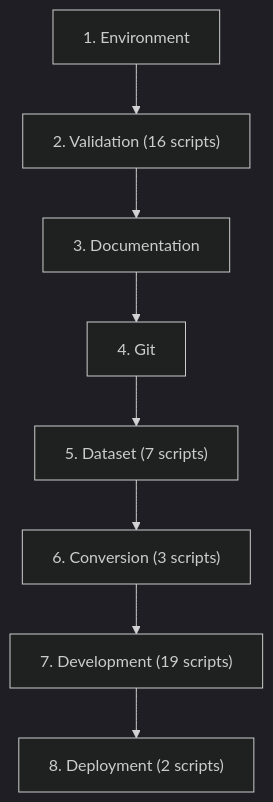
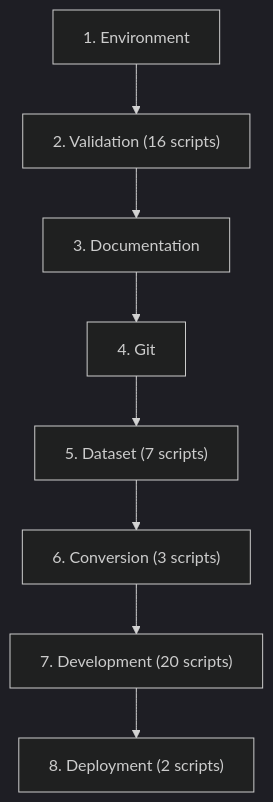
One commit to chanuka8/argus-gait-recognition changed the second of 3 diagrams in scripts/README.md. Above: the diagram before and after it, drawn with Mermaid (dark theme). The commit also changed other lines of this file and 4 other files, not shown here.

````diff
--- a/scripts/README.md
+++ b/scripts/README.md
@@ -791,18 +796,18 @@
 ```mermaid
 flowchart TD
     step1["1. Environment"]
     step2["2. Validation (16 scripts)"]
     step1 --> step2
     step3["3. Documentation"]
     step2 --> step3
     step4["4. Git"]
     step3 --> step4
     step5["5. Dataset (7 scripts)"]
     step4 --> step5
     step6["6. Conversion (3 scripts)"]
     step5 --> step6
-    step7["7. Development (19 scripts)"]
+    step7["7. Development (20 scripts)"]
     step6 --> step7
     step8["8. Deployment (2 scripts)"]
     step7 --> step8
 ```
````
